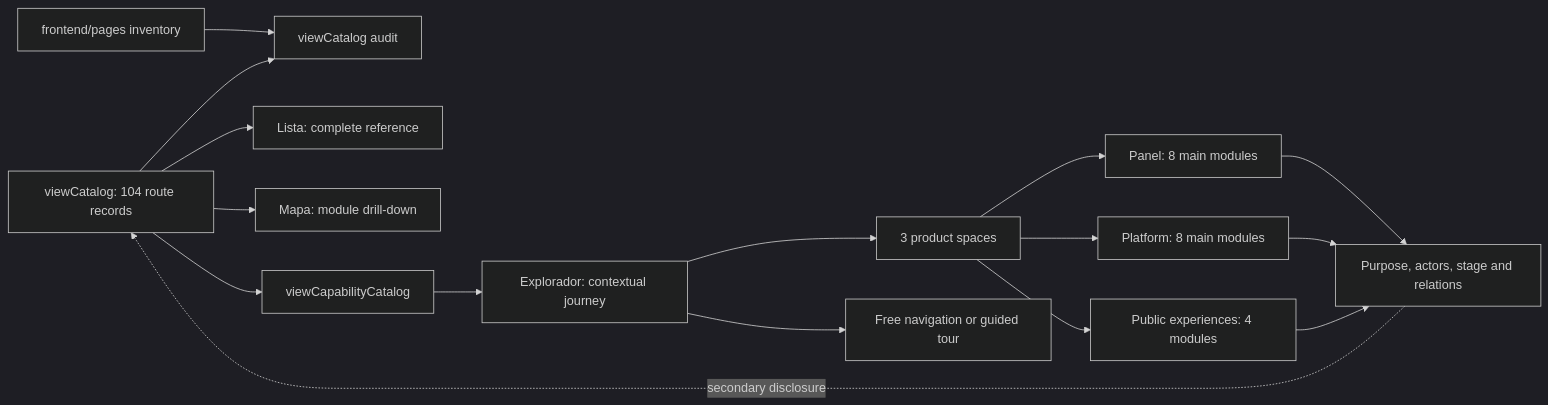
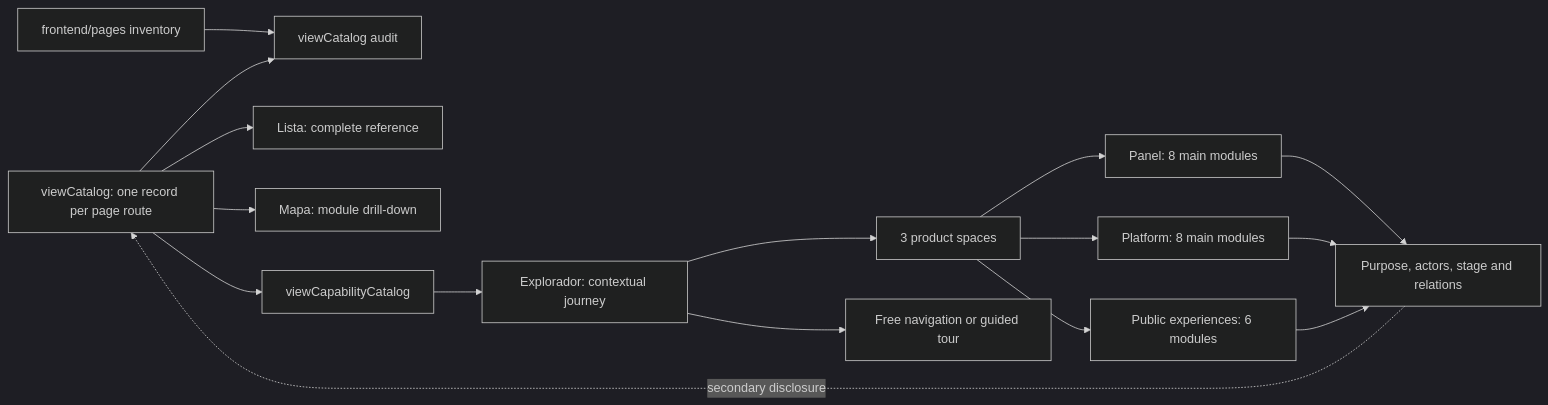
One commit to gustavop-dev/projectapp changed the ninth of 23 diagrams in docs/methodology/architecture.md. Above: the diagram before and after it, drawn with Mermaid (dark theme). The commit also changed other lines of this file and 9 other files, not shown here.

First line of the commit message:
fix(view-map): align catalog, explorer and pinned counts with recent features

````diff
--- a/docs/methodology/architecture.md
+++ b/docs/methodology/architecture.md
@@ -944,18 +944,18 @@
 ```mermaid
 flowchart LR
     Pages["frontend/pages inventory"] --> Audit["viewCatalog audit"]
-    Routes["viewCatalog: 104 route records"] --> Audit
+    Routes["viewCatalog: one record per page route"] --> Audit
     Routes --> List["Lista: complete reference"]
     Routes --> Map["Mapa: module drill-down"]
     Routes --> Capabilities["viewCapabilityCatalog"]
     Capabilities --> Explorer["Explorador: contextual journey"]
     Explorer --> Spaces["3 product spaces"]
     Spaces --> Panel["Panel: 8 main modules"]
     Spaces --> Platform["Platform: 8 main modules"]
-    Spaces --> Public["Public experiences: 4 modules"]
+    Spaces --> Public["Public experiences: 6 modules"]
     Panel --> Benefits["Purpose, actors, stage and relations"]
     Platform --> Benefits
     Public --> Benefits
     Explorer --> Tour["Free navigation or guided tour"]
     Benefits -. secondary disclosure .-> Routes
 ```
````
